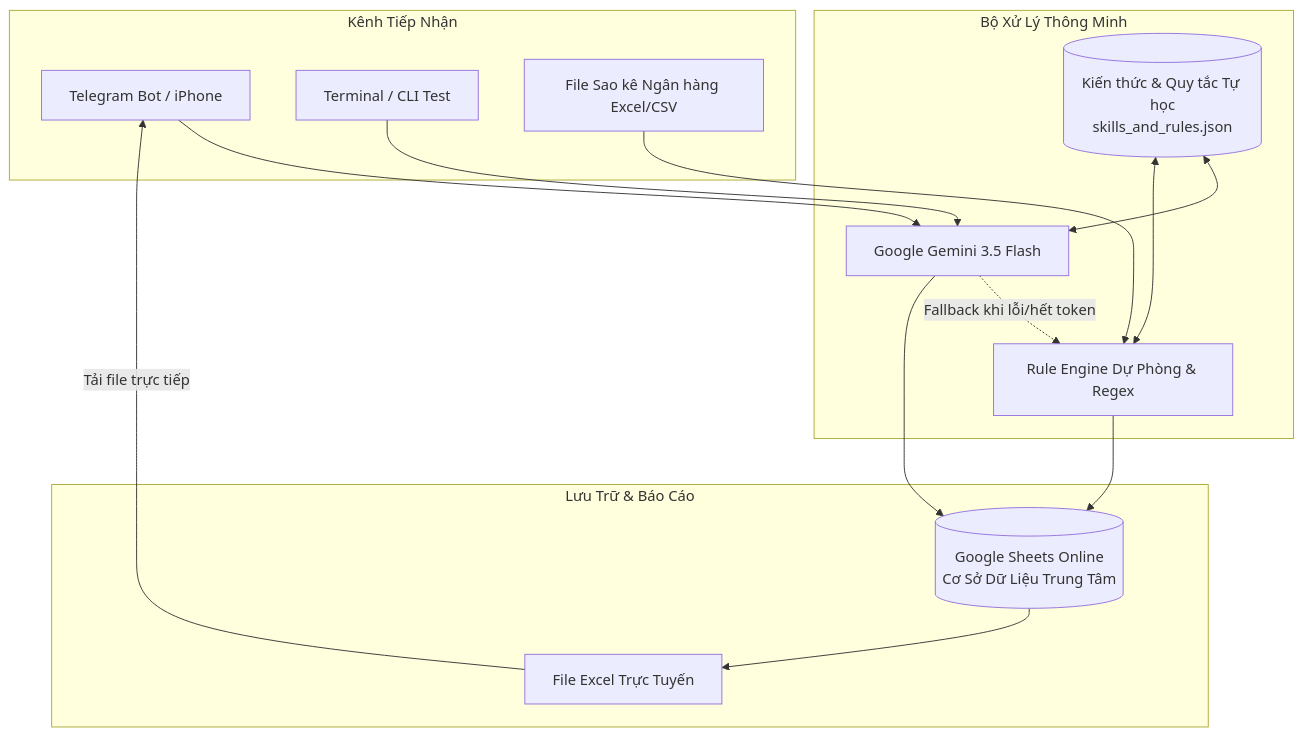
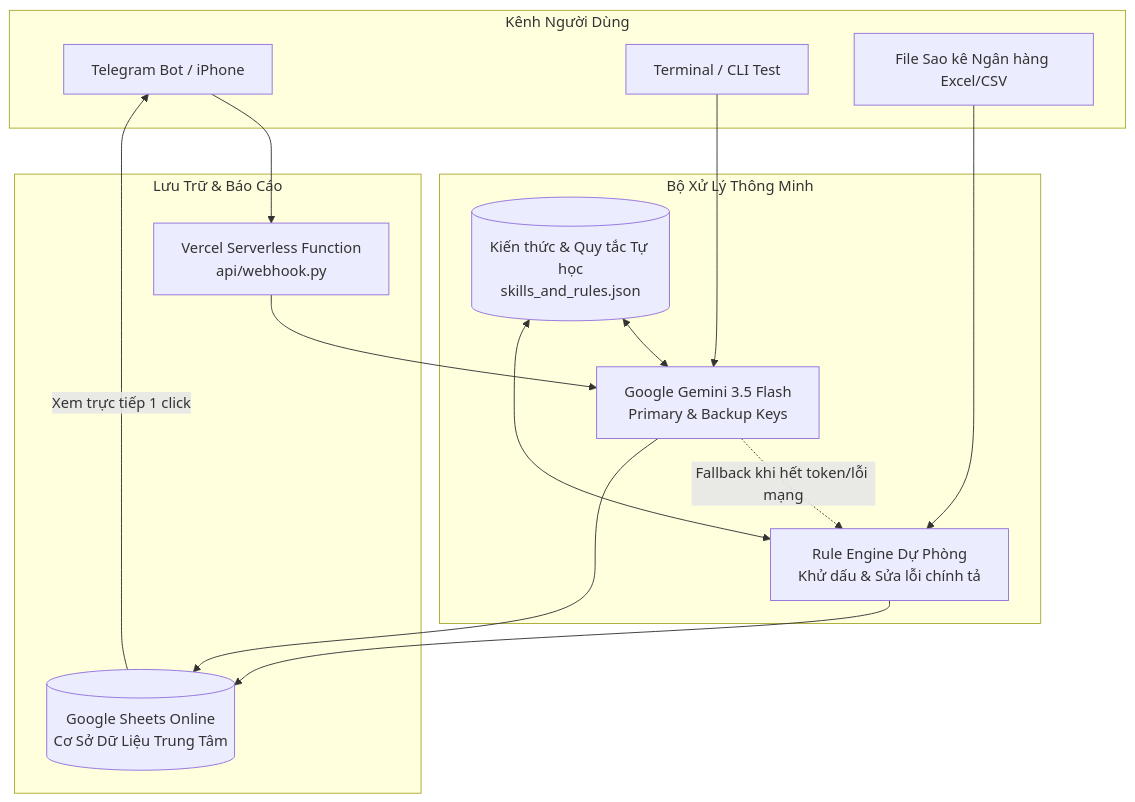
One commit to phuong95st/AutoAccounting changed the diagram in README.md. Above: the diagram before and after it, drawn with Mermaid. The commit also changed other lines of this file and 4 other files, not shown here.

Commit message:
release: AutoAccounting v1.0 - Production ready with Google Sheets DB & Vercel support

````diff
--- a/README.md
+++ b/README.md
@@ -15,30 +30,30 @@
 ```mermaid
 flowchart TD
-    subgraph Kênh Tiếp Nhận
+    subgraph Kênh Người Dùng
         T[Telegram Bot / iPhone]
         CLI[Terminal / CLI Test]
         Bank[File Sao kê Ngân hàng Excel/CSV]
     end
 
     subgraph Bộ Xử Lý Thông Minh
-        AI[Google Gemini 3.5 Flash]
-        Rule[Rule Engine Dự Phòng & Regex]
+        AI[Google Gemini 3.5 Flash\nPrimary & Backup Keys]
+        Rule[Rule Engine Dự Phòng\nKhử dấu & Sửa lỗi chính tả]
         KB[(Kiến thức & Quy tắc Tự học\nskills_and_rules.json)]
     end
 
     subgraph Lưu Trữ & Báo Cáo
-        DB[(Google Sheets Online\nCơ Sở Dữ Liệu Trung Tâm)]
-        Rep[File Excel Trực Tuyến]
+        Vercel[Vercel Serverless Function\napi/webhook.py]
+        Sheet[(Google Sheets Online\nCơ Sở Dữ Liệu Trung Tâm)]
     end
 
-    T --> AI
+    T --> Vercel
     CLI --> AI
     Bank --> Rule
-    AI -.->|Fallback khi lỗi/hết token| Rule
+    Vercel --> AI
+    AI -.->|Fallback khi hết token/lỗi mạng| Rule
     KB <--> AI
     KB <--> Rule
-    AI --> DB
-    Rule --> DB
-    DB --> Rep
-    Rep -->|Tải file trực tiếp| T
+    AI --> Sheet
+    Rule --> Sheet
+    Sheet -->|Xem trực tiếp 1 click| T
 ```
````
